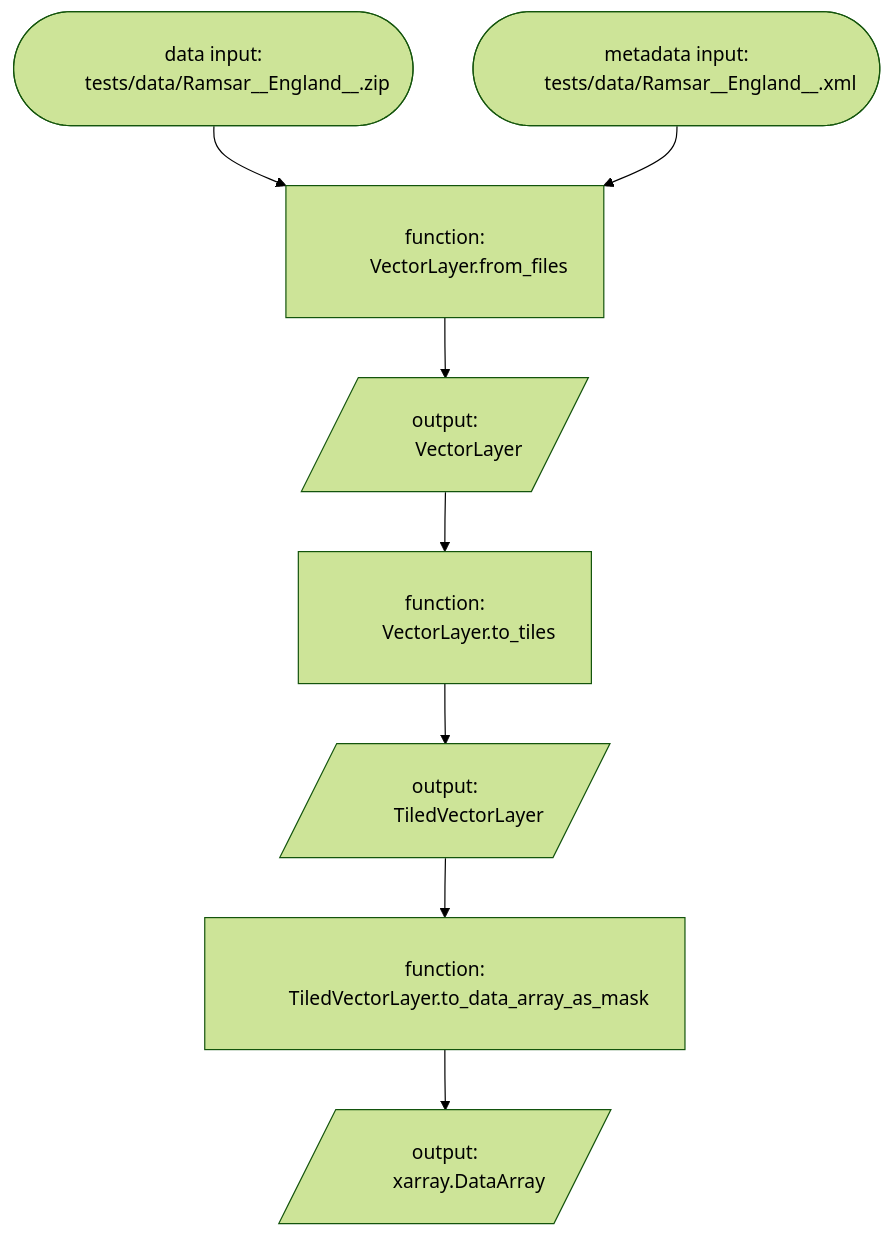
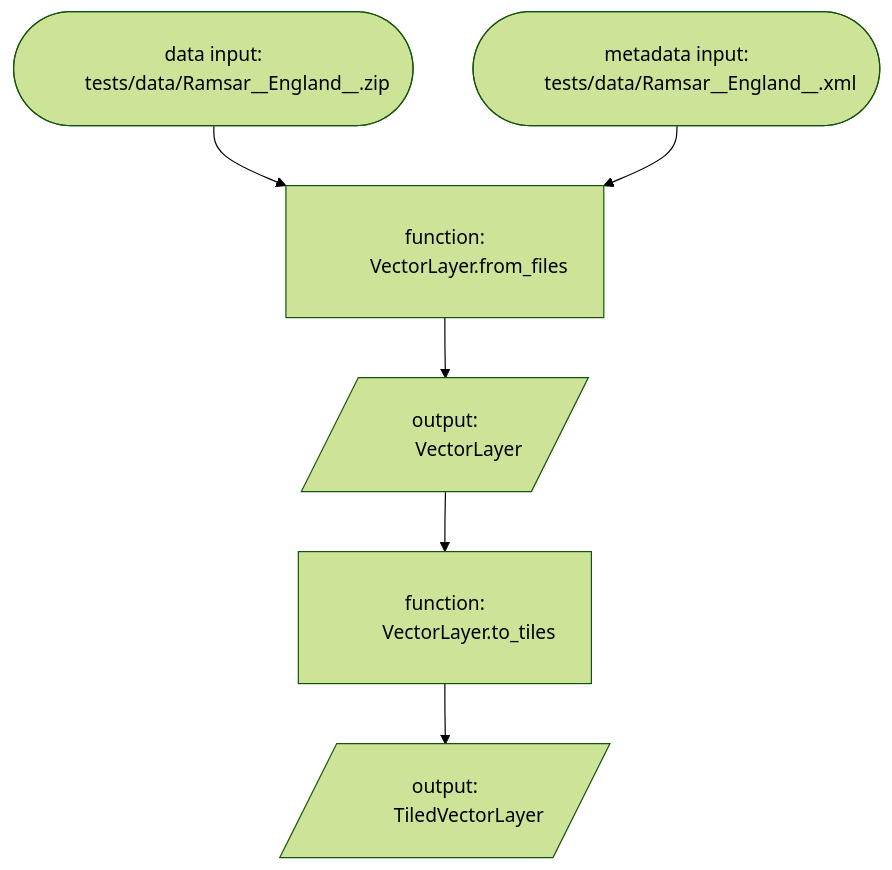
The diagram in source/red-green-refactor.md (Defra-Data-Science-Centre-of-Excellence/sds-data-model), drawn with Mermaid (forest theme) before and after one commit. The commit also changed other lines of this file, not shown here.

````diff
--- a/source/red-green-refactor.md
+++ b/source/red-green-refactor.md
@@ -36,10 +36,8 @@
 ```mermaid
 graph TD;
  data_path([<dl><dt>data input:</dt><dd>tests/data/Ramsar__England__.zip</dd></dl>]) --> from_files[<dl><dt>function:</dt><dd>VectorLayer.from_files</dd></dl>]
  metadata_path([<dl><dt>metadata input:</dt><dd>tests/data/Ramsar__England__.xml</dd></dl>]) --> from_files[<dl><dt>function:</dt><dd>VectorLayer.from_files</dd></dl>]
  from_files[<dl><dt>function:</dt><dd>VectorLayer.from_files</dd></dl>] --> vector_layer[/<dl><dt>output:</dt><dd>VectorLayer</dd></dl>/]
  vector_layer[/<dl><dt>output:</dt><dd>VectorLayer</dd></dl>/] --> to_tiles[<dl><dt>function:</dt><dd>VectorLayer.to_tiles</dd></dl>]
  to_tiles[<dl><dt>function:</dt><dd>VectorLayer.to_tiles</dd></dl>] --> tiled_vector_layer[/<dl><dt>output:</dt><dd>TiledVectorLayer</dd></dl>/]
- tiled_vector_layer[/<dl><dt>output:</dt><dd>TiledVectorLayer</dd></dl>/] --> to_data_array_as_mask[<dl><dt>function:</dt><dd>TiledVectorLayer.to_data_array_as_mask</dd></dl>]
- to_data_array_as_mask[<dl><dt>function:</dt><dd>TiledVectorLayer.to_data_array_as_mask</dd></dl>] --> data_array[/<dl><dt>output:</dt><dd>xarray.DataArray</dd></dl>/]
 ```
````
